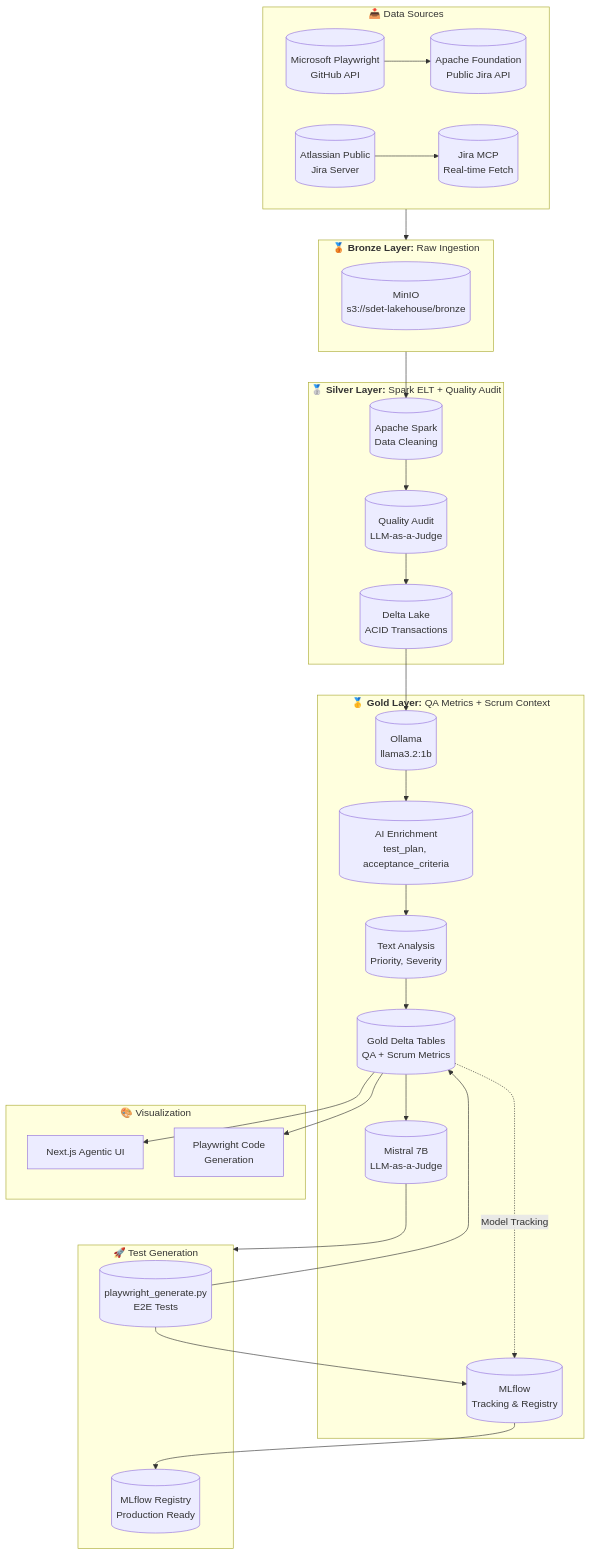
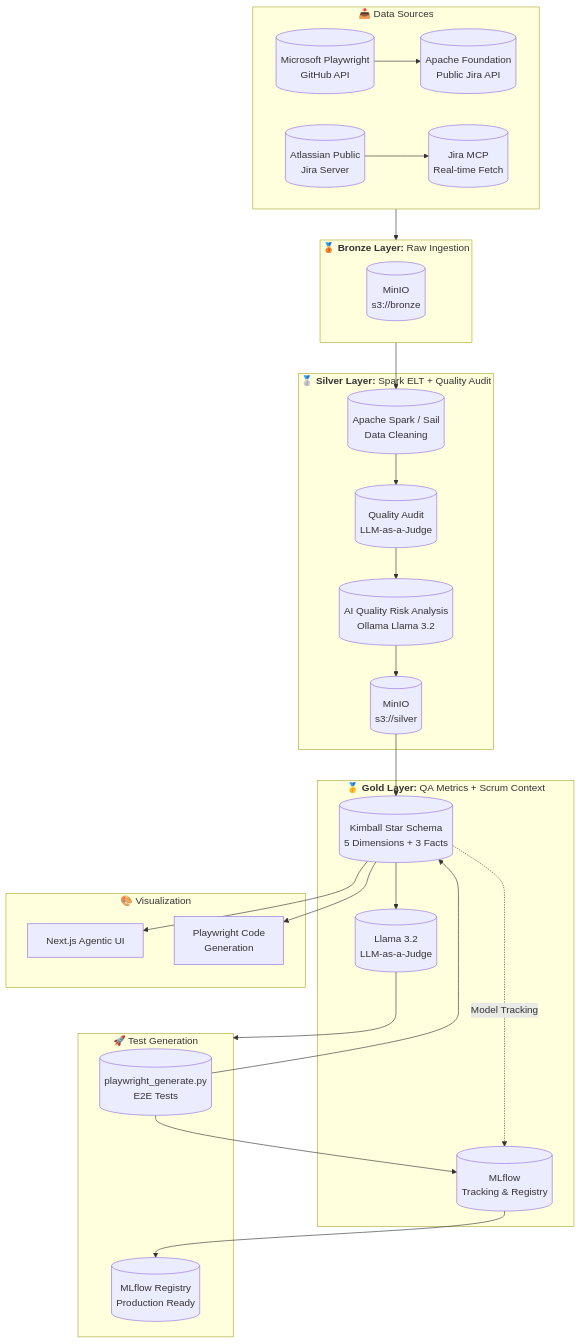
One commit to BugMentor/sdet-agent changed the first of 7 diagrams in README.md. Above: the diagram before and after it, drawn with Mermaid. The commit also changed other lines of this file and 4 other files, not shown here.

First line of the commit message:
Cleanup: remove GeoJSON artifacts, rename hazard→quality_risk, fix infra configs

````diff
--- a/README.md
+++ b/README.md
@@ -29,54 +34,50 @@
 ```mermaid
 flowchart TB
     subgraph Sources["📥 Data Sources"]
         direction LR
         S1[("Microsoft Playwright<br/>GitHub API")] --> S2[("Apache Foundation<br/>Public Jira API")]
         S3[("Atlassian Public<br/>Jira Server")] --> S4[("Jira MCP<br/>Real-time Fetch")]
     end
-    
+
     subgraph Bronze["<b>🥉 Bronze Layer:</b> Raw Ingestion"]
-        B[("MinIO<br/>s3://sdet-lakehouse/bronze")]
+        B[("MinIO<br/>s3://bronze")]
     end
-    
+
     subgraph Silver["<b>🥈 Silver Layer:</b> Spark ELT + Quality Audit"]
-        SPARK[("Apache Spark<br/>Data Cleaning")]
+        SPARK[("Apache Spark / Sail<br/>Data Cleaning")]
         QAudit[("Quality Audit<br/>LLM-as-a-Judge")]
-        SDelta[("Delta Lake<br/>ACID Transactions")]
+        AIEnrich[("AI Quality Risk Analysis<br/>Ollama Llama 3.2")]
+        SDelta[("MinIO<br/>s3://silver")]
     end
-    
+
     subgraph Gold["<b>🥇 Gold Layer:</b> QA Metrics + Scrum Context"]
-        Ollama[("Ollama<br/>llama3.2:1b")]
-        AI[("AI Enrichment<br/>test_plan, acceptance_criteria")]
-        SJ[("Text Analysis<br/>Priority, Severity")]
-        GF[("Gold Delta Tables<br/>QA + Scrum Metrics")]
+        GM[("Kimball Star Schema<br/>5 Dimensions + 3 Facts")]
         ML[("MLflow<br/>Tracking & Registry")]
-        Judge[("Mistral 7B<br/>LLM-as-a-Judge")]
+        Judge[("Llama 3.2<br/>LLM-as-a-Judge")]
     end
-    
+
     subgraph Training["🚀 Test Generation"]
         T[("playwright_generate.py<br/>E2E Tests")]
         T --> ML
         ML --> MR[("MLflow Registry<br/>Production Ready")]
     end
-    
+
     subgraph Viz["🎨 Visualization"]
         WA["Next.js Agentic UI"]
         PC["Playwright Code<br/>Generation"]
     end
-    
+
     Sources --> Bronze
     Bronze --> SPARK
     SPARK --> QAudit
-    QAudit --> SDelta
-    SDelta --> Ollama
-    Ollama --> AI
-    AI --> SJ
-    SJ --> GF
-    GF -.->|Model Tracking| ML
-    GF --> Judge
+    QAudit --> AIEnrich
+    AIEnrich --> SDelta
+    SDelta --> GM
+    GM -.->|Model Tracking| ML
+    GM --> Judge
     Judge --> Training
-    GF --> WA
-    GF --> PC
-    T --> GF
+    GM --> WA
+    GM --> PC
+    T --> GM
 
 ```
````
